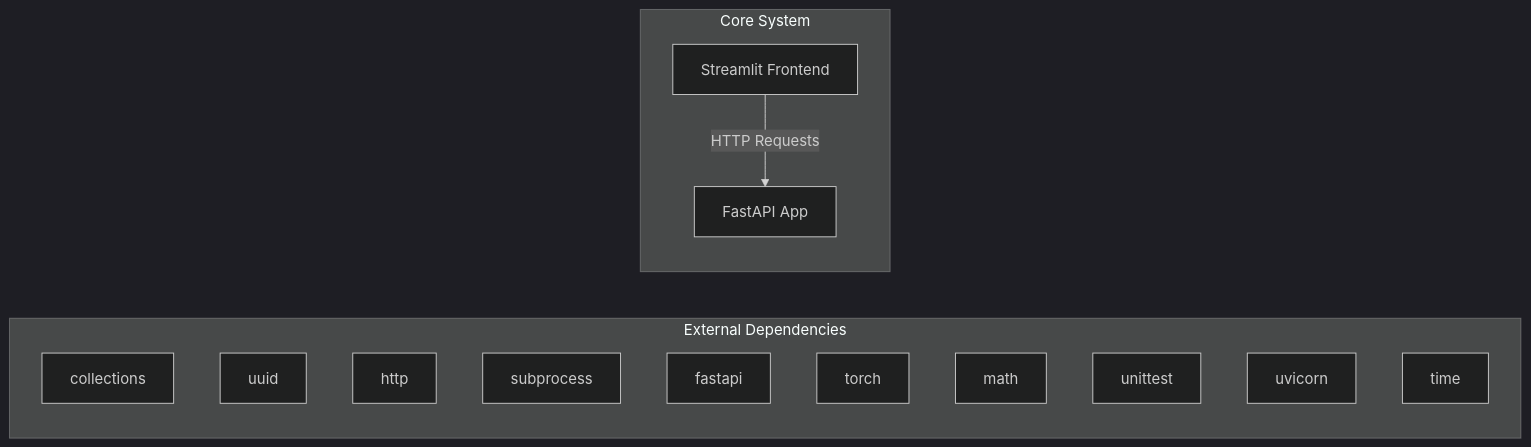
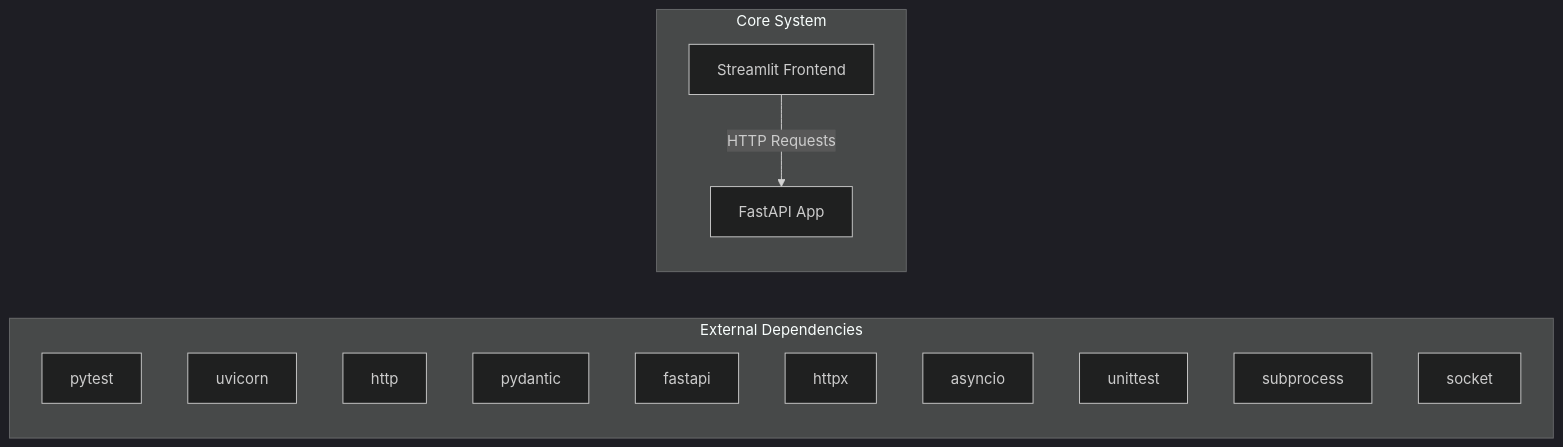
The first of 2 diagrams in docs/architecture.md (NITISH-R-G/rag-context-optimizer), drawn with Mermaid (dark theme) before and after one commit. The commit also changed 1 other file, not shown here.

Commit message:
docs: auto-update repository knowledge, architecture diagrams, and documentation

````diff
--- a/docs/architecture.md
+++ b/docs/architecture.md
@@ -7,20 +7,20 @@
 ```mermaid
 graph LR
     subgraph External Dependencies
-        E0["collections"]
-        E1["uuid"]
+        E0["pytest"]
+        E1["uvicorn"]
         E2["http"]
-        E3["subprocess"]
+        E3["pydantic"]
         E4["fastapi"]
-        E5["torch"]
-        E6["math"]
+        E5["httpx"]
+        E6["asyncio"]
         E7["unittest"]
-        E8["uvicorn"]
-        E9["time"]
+        E8["subprocess"]
+        E9["socket"]
     end
     subgraph Core System
         API["FastAPI App"]
         UI["Streamlit Frontend"]
     end
     UI -->|HTTP Requests| API
 ```
````
